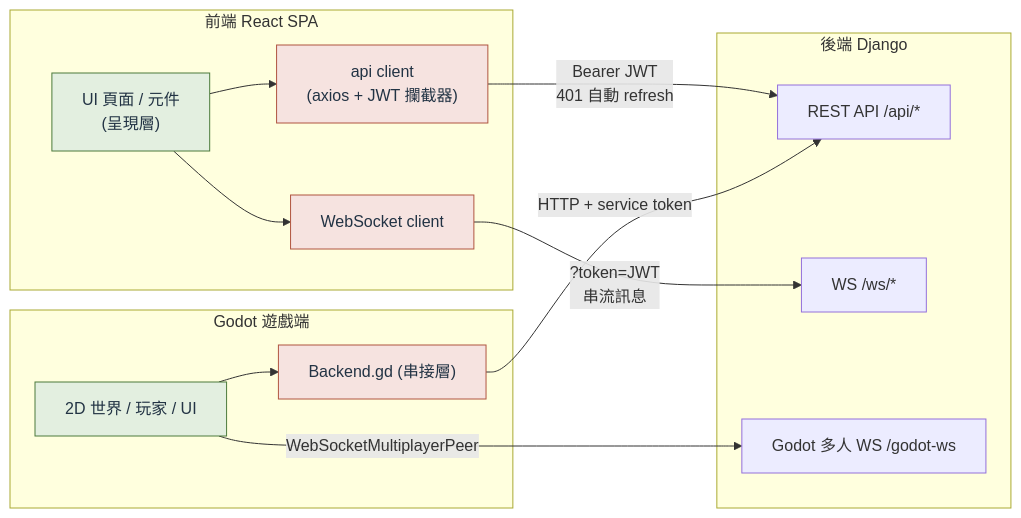
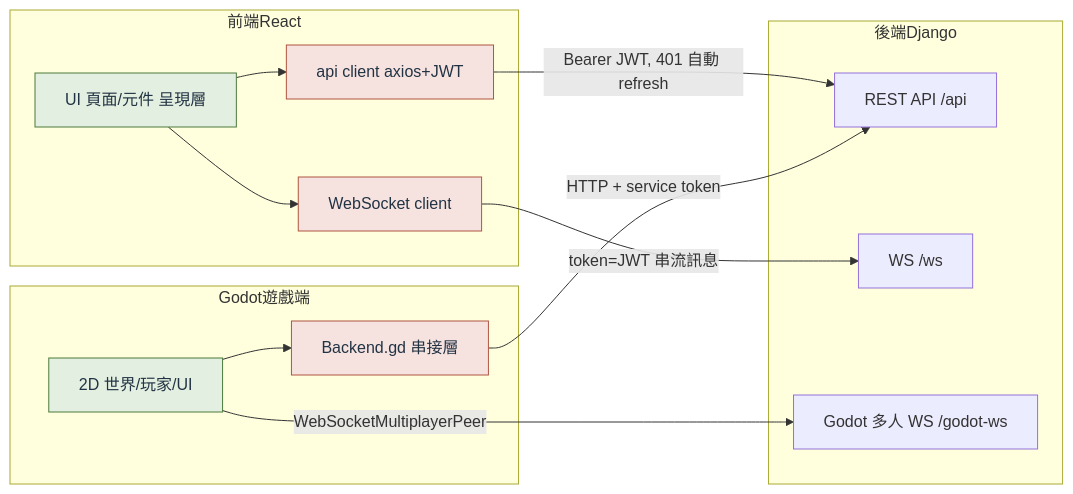
Before and after one commit to Ceeeuu/TakeAbridge-Portfolio: the second of 6 diagrams in ARCHITECTURE.md, drawn with Mermaid. The commit also changed other lines of this file, not shown here.

Commit message:
fix(docs): rewrite mermaid diagrams with widely-compatible syntax

````diff
--- a/ARCHITECTURE.md
+++ b/ARCHITECTURE.md
@@ -61,32 +61,32 @@
 ```mermaid
 flowchart LR
-    subgraph FE["前端 React SPA"]
-        UI["UI 頁面 / 元件<br/>(呈現層)"]
-        CLIENT["api client<br/>(axios + JWT 攔截器)"]
+    subgraph 前端React
+        UI["UI 頁面/元件 呈現層"]
+        CLIENT["api client axios+JWT"]
         WS["WebSocket client"]
     end
 
-    subgraph GD["Godot 遊戲端"]
-        WORLD["2D 世界 / 玩家 / UI"]
-        BSEAM["Backend.gd (串接層)"]
+    subgraph Godot遊戲端
+        WORLD["2D 世界/玩家/UI"]
+        BSEAM["Backend.gd 串接層"]
     end
 
-    subgraph BE["後端 Django"]
-        REST["REST API /api/*"]
-        SOCK["WS /ws/*"]
+    subgraph 後端Django
+        REST["REST API /api"]
+        SOCK["WS /ws"]
         GWS["Godot 多人 WS /godot-ws"]
     end
 
     UI --> CLIENT
     UI --> WS
-    CLIENT -->|"Bearer JWT<br/>401 自動 refresh"| REST
-    WS -->|"?token=JWT<br/>串流訊息"| SOCK
+    CLIENT -->|"Bearer JWT, 401 自動 refresh"| REST
+    WS -->|"token=JWT 串流訊息"| SOCK
     WORLD --> BSEAM
     BSEAM -->|"HTTP + service token"| REST
     WORLD -->|"WebSocketMultiplayerPeer"| GWS
 
     classDef mine fill:#e3efe0,stroke:#4c7a3c,color:#234;
     classDef seam fill:#f6e3e0,stroke:#b05540,color:#234;
     class UI,WORLD mine;
     class CLIENT,WS,BSEAM seam;
 ```
````
